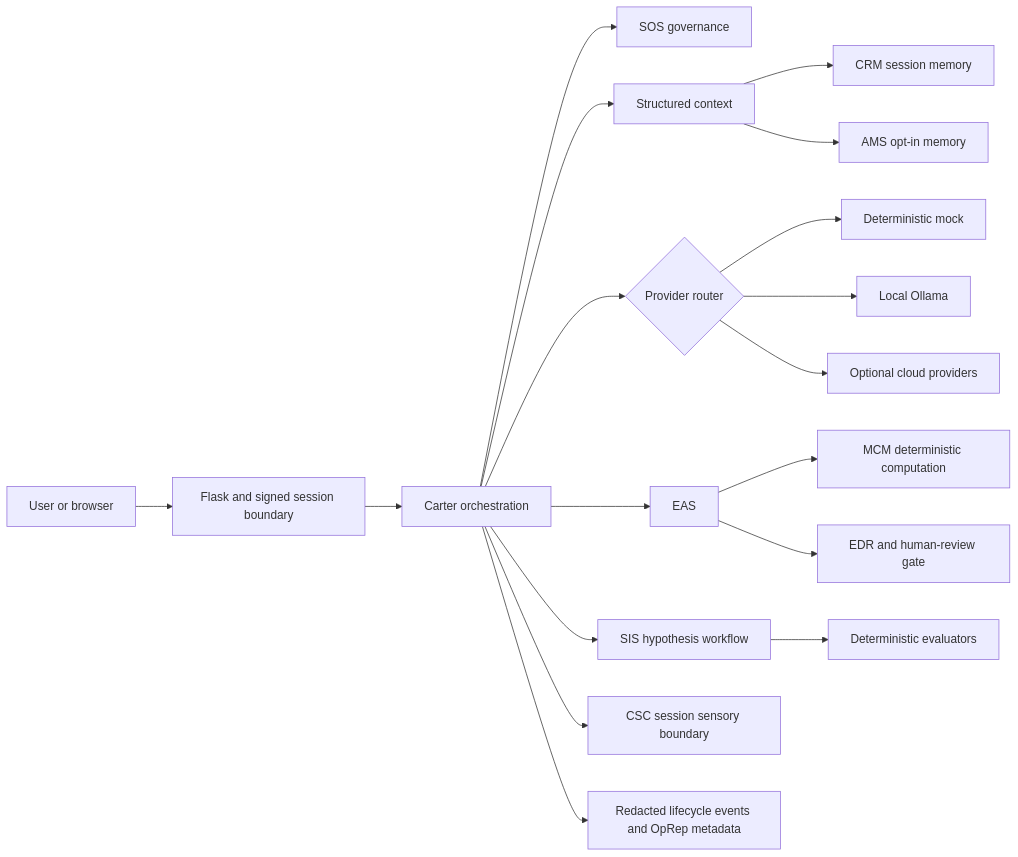
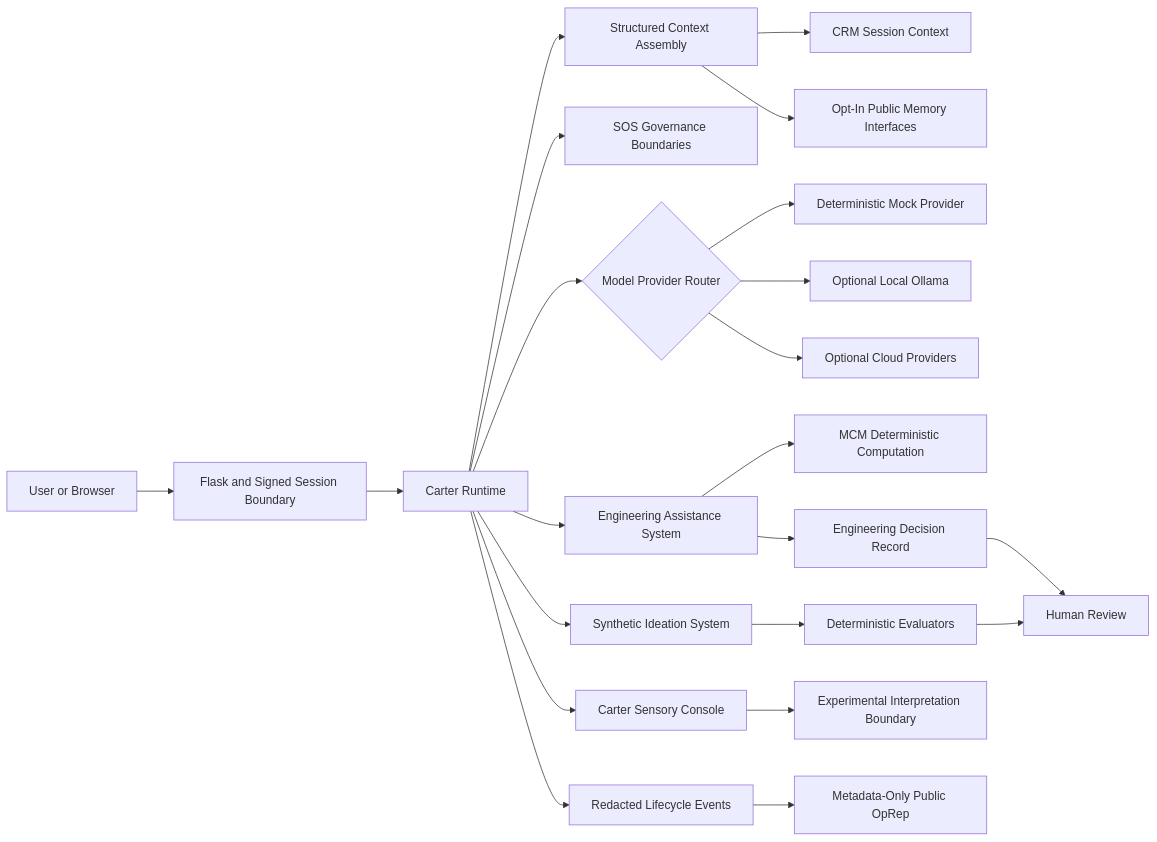
Before and after one commit to mdlewis365/carter-synthetic-os: the diagram in README.md, drawn with Mermaid. The commit also changed other lines of this file and 3 other files, not shown here.

````diff
--- a/README.md
+++ b/README.md
@@ -59,20 +111,32 @@
 ```mermaid
 flowchart LR
-    U[User or browser] --> W[Flask and signed session boundary]
-    W --> C[Carter orchestration]
-    C --> G[SOS governance]
-    C --> X[Structured context]
-    X --> CRM[CRM session memory]
-    X --> AMS[AMS opt-in memory]
-    C --> R{Provider router}
-    R --> MOCK[Deterministic mock]
-    R --> OLLAMA[Local Ollama]
-    R --> CLOUD[Optional cloud providers]
-    C --> EAS[EAS]
-    EAS --> MCM[MCM deterministic computation]
-    EAS --> EDR[EDR and human-review gate]
-    C --> SIS[SIS hypothesis workflow]
-    SIS --> EV[Deterministic evaluators]
-    C --> CSC[CSC session sensory boundary]
-    C --> LCM[Redacted lifecycle events and OpRep metadata]
+    U[User or Browser] --> W[Flask and Signed Session Boundary]
+
+    W --> C[Carter Runtime]
+
+    C --> X[Structured Context Assembly]
+    X --> CRM[CRM Session Context]
+    X --> AMS[Opt-In Public Memory Interfaces]
+
+    C --> G[SOS Governance Boundaries]
+    C --> R{Model Provider Router}
+
+    R --> MOCK[Deterministic Mock Provider]
+    R --> OLLAMA[Optional Local Ollama]
+    R --> CLOUD[Optional Cloud Providers]
+
+    C --> EAS[Engineering Assistance System]
+    EAS --> MCM[MCM Deterministic Computation]
+    EAS --> EDR[Engineering Decision Record]
+    EDR --> HR[Human Review]
+
+    C --> SIS[Synthetic Ideation System]
+    SIS --> EV[Deterministic Evaluators]
+    EV --> HR
+
+    C --> CSC[Carter Sensory Console]
+    CSC --> INT[Experimental Interpretation Boundary]
+
+    C --> LCM[Redacted Lifecycle Events]
+    LCM --> OPR[Metadata-Only Public OpRep]
 ```
````
